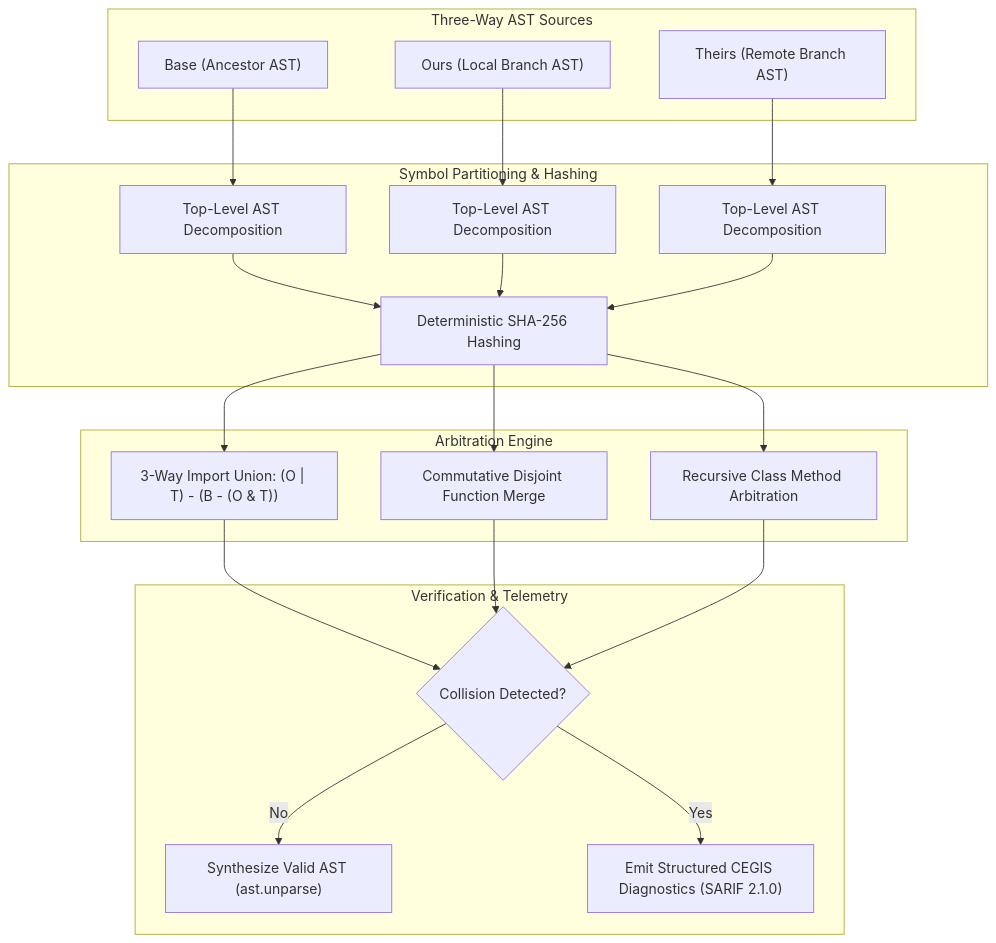
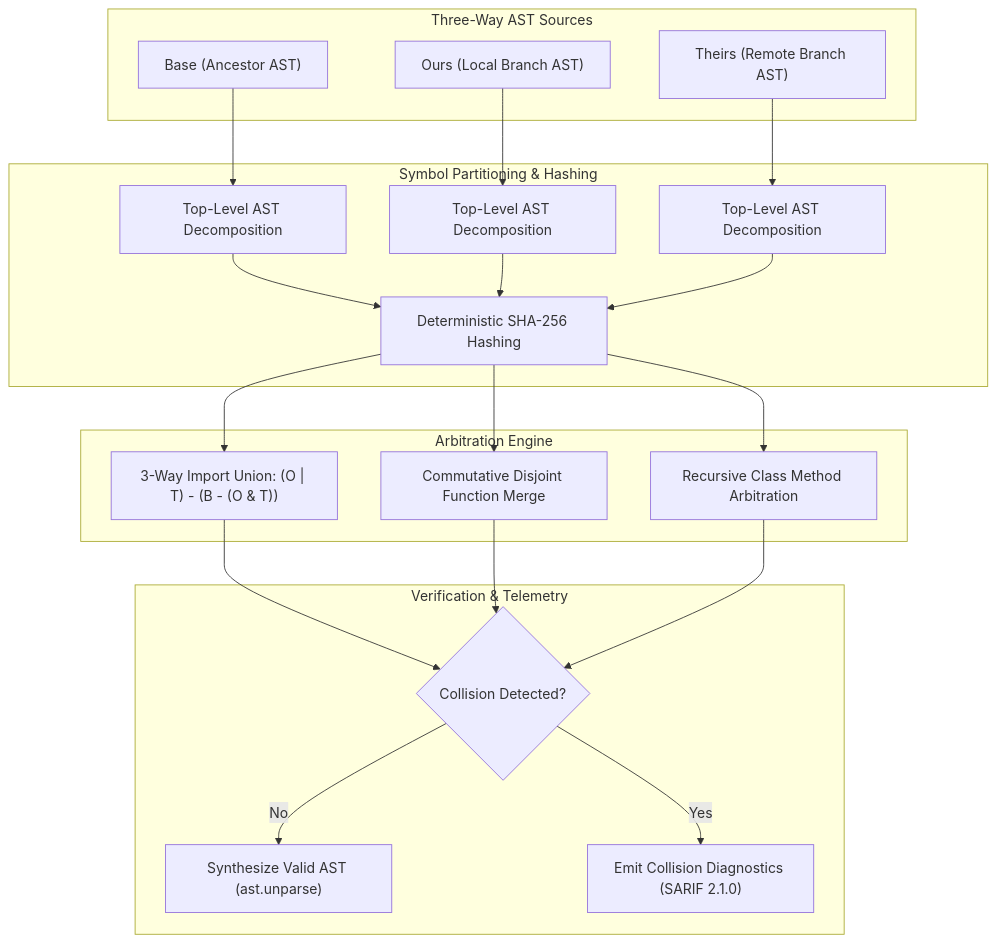
Before and after one commit to dan-petty/vibes: the diagram in observations/systems/35-3-way-ast-semantic-reconciliation-and-worktree-collision-arbitration.md, drawn with Mermaid. The commit also changed other lines of this file and 248 other files, not shown here.

````diff
--- a/observations/systems/35-3-way-ast-semantic-reconciliation-and-worktree-collision-arbitration.md
+++ b/observations/systems/35-3-way-ast-semantic-reconciliation-and-worktree-collision-arbitration.md
@@ -54,27 +54,27 @@
 ```mermaid
 flowchart TD
     subgraph "Three-Way AST Sources"
         B["Base (Ancestor AST)"]
         O["Ours (Local Branch AST)"]
         T["Theirs (Remote Branch AST)"]
     end
 
     subgraph "Symbol Partitioning & Hashing"
         B --> PB["Top-Level AST Decomposition"]
         O --> PO["Top-Level AST Decomposition"]
         T --> PT["Top-Level AST Decomposition"]
         PB & PO & PT --> SH["Deterministic SHA-256 Hashing"]
     end
 
     subgraph "Arbitration Engine"
         SH --> IU["3-Way Import Union: (O | T) - (B - (O & T))"]
         SH --> CF["Commutative Disjoint Function Merge"]
         SH --> CM["Recursive Class Method Arbitration"]
     end
 
     subgraph "Verification & Telemetry"
         IU & CF & CM --> VAL{"Collision Detected?"}
         VAL -- "No" --> CODE["Synthesize Valid AST (ast.unparse)"]
-        VAL -- "Yes" --> DIAG["Emit Structured CEGIS Diagnostics (SARIF 2.1.0)"]
+        VAL -- "Yes" --> DIAG["Emit Collision Diagnostics (SARIF 2.1.0)"]
     end
 ```
````
